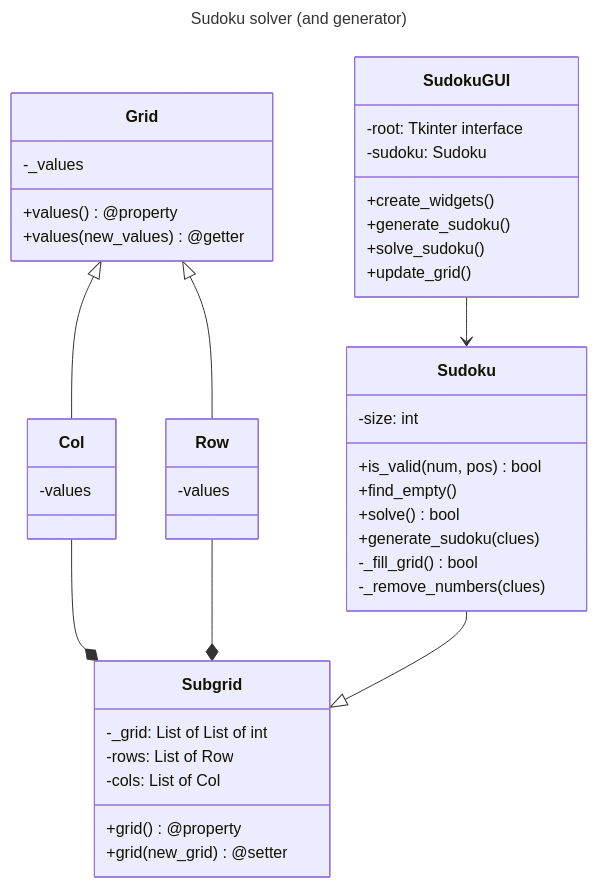
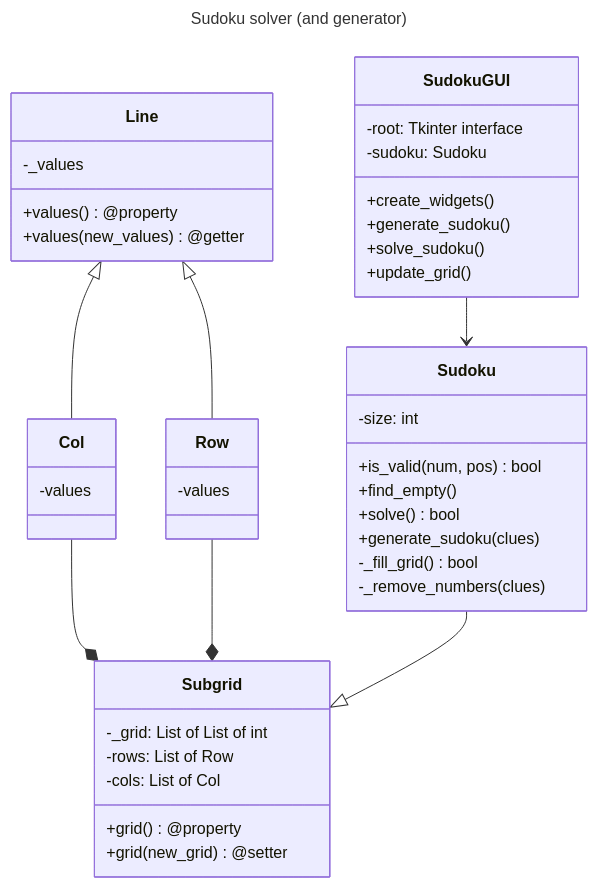
One commit to richardgonzalezm/Sudoku_solver_bot changed the diagram in README.md. Above: the diagram before and after it, drawn with Mermaid. The commit also changed other lines of this file, not shown here.

````diff
--- a/README.md
+++ b/README.md
@@ -10,48 +12,48 @@
 ```mermaid
 ---
 title: Sudoku solver (and generator)
 ---
 classDiagram
-    class Grid {
+    class Line {
         -_values
         +values() @property
         +values(new_values) @getter
     }
     class Col {
         -values
     }
     class Row {
         -values
     }
-    Grid <|-- Col
-    Grid <|-- Row
+    Line <|-- Col
+    Line <|-- Row
     class Sudoku {
         -size: int
         +is_valid(num, pos) bool
         +find_empty() 
         +solve() bool
         +generate_sudoku(clues)
         -_fill_grid() bool
         -_remove_numbers(clues)
     }
     class SudokuGUI {
         -root: Tkinter interface
         -sudoku: Sudoku
         +create_widgets()
         +generate_sudoku()
         +solve_sudoku()
         +update_grid()
     }
     SudokuGUI --> Sudoku
     class Subgrid {
         -_grid: List of List of int
         -rows: List of Row
         -cols: List of Col
         +grid()@property
         +grid(new_grid)@setter
     }
 
     Col --* Subgrid
     Row --* Subgrid
     Sudoku --|> Subgrid
 ```
````
